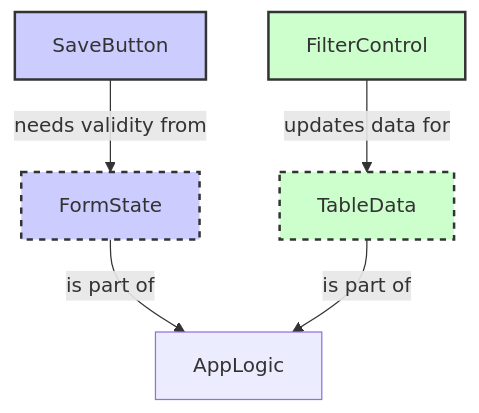
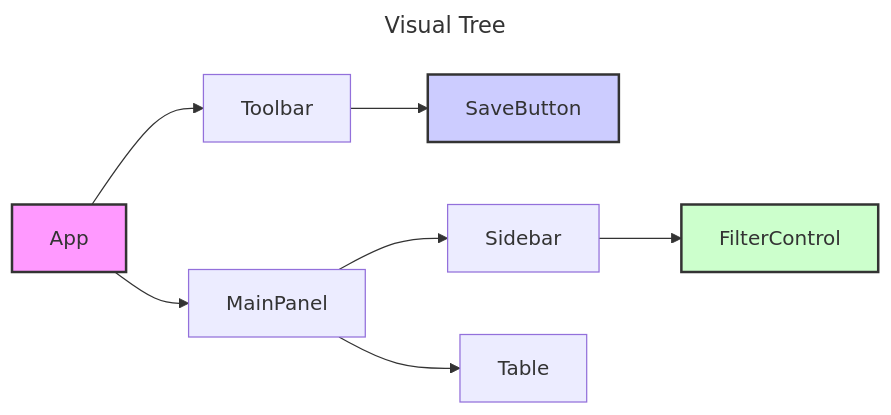
One commit to fschutt/azul changed the first of 7 diagrams in doc/guide/architecture.md. Above: the diagram before and after it, drawn with Mermaid.

Commit message:
Revise architecture and state graph diagrams
Updated visual representations of application architecture and state management using mermaid diagrams. Removed redundant visual tree diagram.

````diff
--- a/doc/guide/architecture.md
+++ b/doc/guide/architecture.md
@@ -19,17 +19,18 @@
 ```mermaid
-graph TD
-    s_SaveButton[SaveButton] -- "needs validity from" --> s_FormState[FormState]
-    s_FilterControl[FilterControl] -- "updates data for" --> s_TableData[TableData]
-    s_FormState -- "is part of" --> s_AppLogic[AppLogic]
-    s_TableData -- "is part of" --> s_AppLogic
+---
+title: Visual Tree
+---
+graph LR
+    v_App[App] --> v_Toolbar[Toolbar] & v_MainPanel[MainPanel]
+    v_Toolbar --> v_SaveButton[SaveButton]
+    v_MainPanel --> v_Sidebar[Sidebar] & v_Table[Table]
+    v_Sidebar --> v_FilterControl[FilterControl]
 
+    classDef app fill:#f9f,stroke:#333,stroke-width:2px
     classDef button fill:#ccf,stroke:#333,stroke-width:2px
     classDef control fill:#cfc,stroke:#333,stroke-width:2px
-    classDef state fill:#ccf,stroke:#333,stroke-width:2px,stroke-dasharray: 5 5
-    classDef data fill:#cfc,stroke:#333,stroke-width:2px,stroke-dasharray: 5 5
 
-    class s_SaveButton button
-    class s_FilterControl control
-    class s_FormState state
-    class s_TableData data
+    class v_App app
+    class v_SaveButton button
+    class v_FilterControl control
 ```
````
